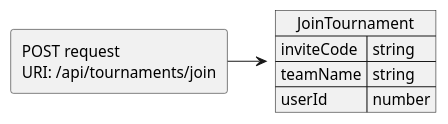
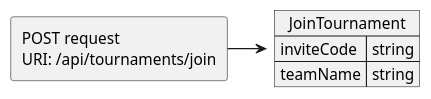
One commit to JKMN-Projects/TeamTactics changed the diagram in docs/JSON Contracts/Requests/JoinTournament.puml. Above: the diagram before and after it, drawn with PlantUML. The commit also changed 3 other files, not shown here.

```diff
--- a/docs/JSON Contracts/Requests/JoinTournament.puml
+++ b/docs/JSON Contracts/Requests/JoinTournament.puml
@@ -1,12 +1,11 @@
 @startuml Join tournament request
 allowmixing
 
 agent "POST request \nURI: /api/tournaments/join"
   json "JoinTournament" as J {
     "inviteCode": "string",
-    "teamName": "string",
-    "userId": "number"
+    "teamName": "string"
   }
 
 "POST request \nURI: /api/tournaments/join" -> J 
 @enduml
```
